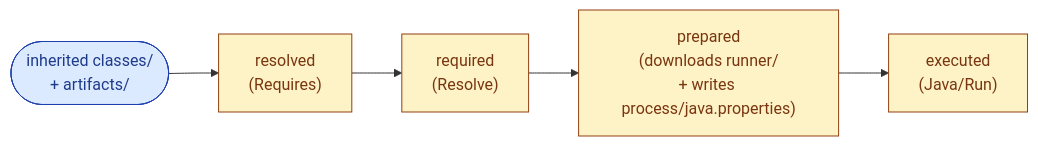
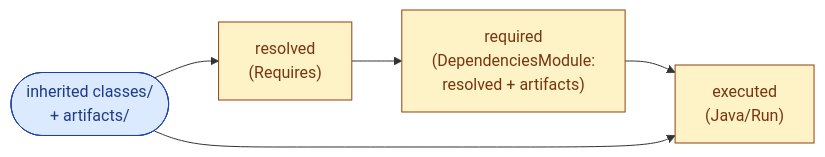
Before and after one commit to raphw/jenesis: the second of 6 diagrams in README.md, drawn with Mermaid. The commit also changed other lines of this file and 2 other files, not shown here.

````diff
--- a/README.md
+++ b/README.md
@@ -497,15 +495,13 @@
 ```mermaid
 flowchart LR
   classDef input fill:#dbeafe,stroke:#1e40af,color:#1e3a8a;
   classDef step fill:#fef3c7,stroke:#92400e,color:#78350f;
-  classDef optional fill:#fef3c7,stroke:#92400e,color:#78350f,stroke-dasharray:4 3;
   arts(["inherited classes/<br/>+ artifacts/"]):::input
   resolved["resolved<br/>(Requires)"]:::step
-  required["required<br/>(Resolve)"]:::step
-  prepared["prepared<br/>(downloads runner/<br/>+ writes process/java.properties)"]:::step
+  required["required<br/>(DependenciesModule:<br/>resolved + artifacts)"]:::step
   executed["executed<br/>(Java/Run)"]:::step
   arts --> resolved
   resolved --> required
-  required --> prepared
-  prepared --> executed
+  required --> executed
+  arts --> executed
 ```
````
